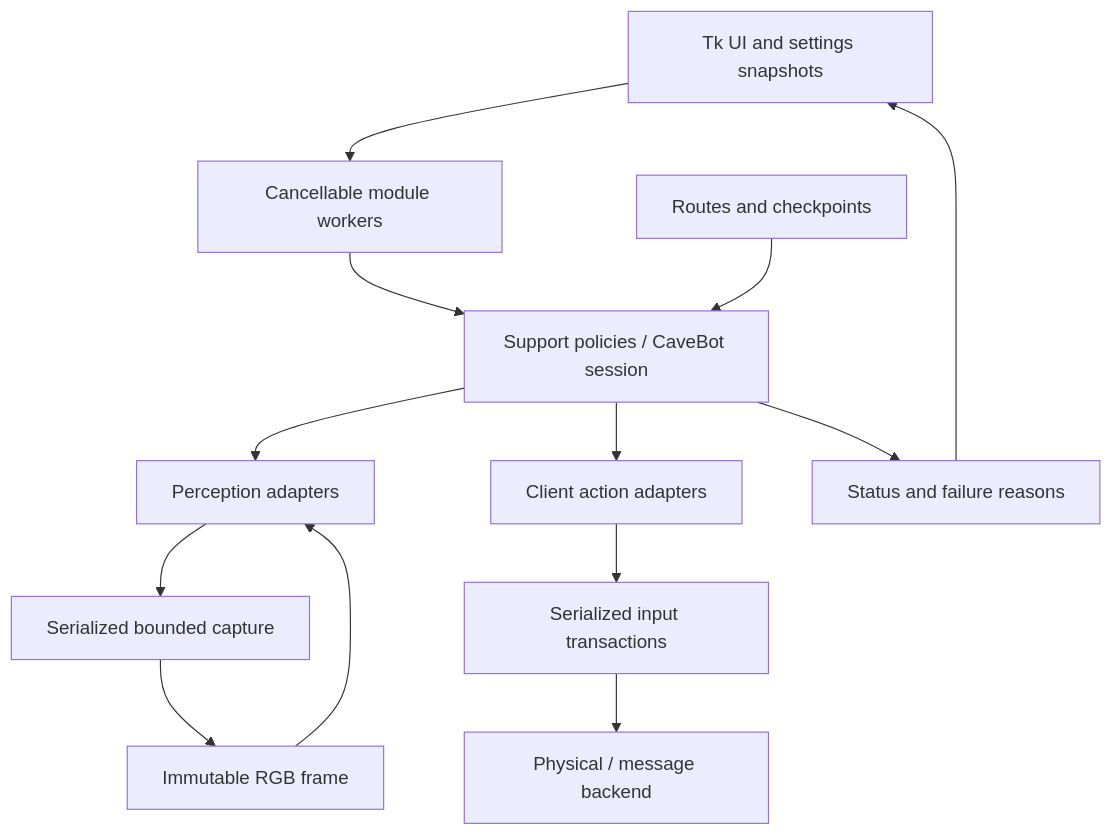
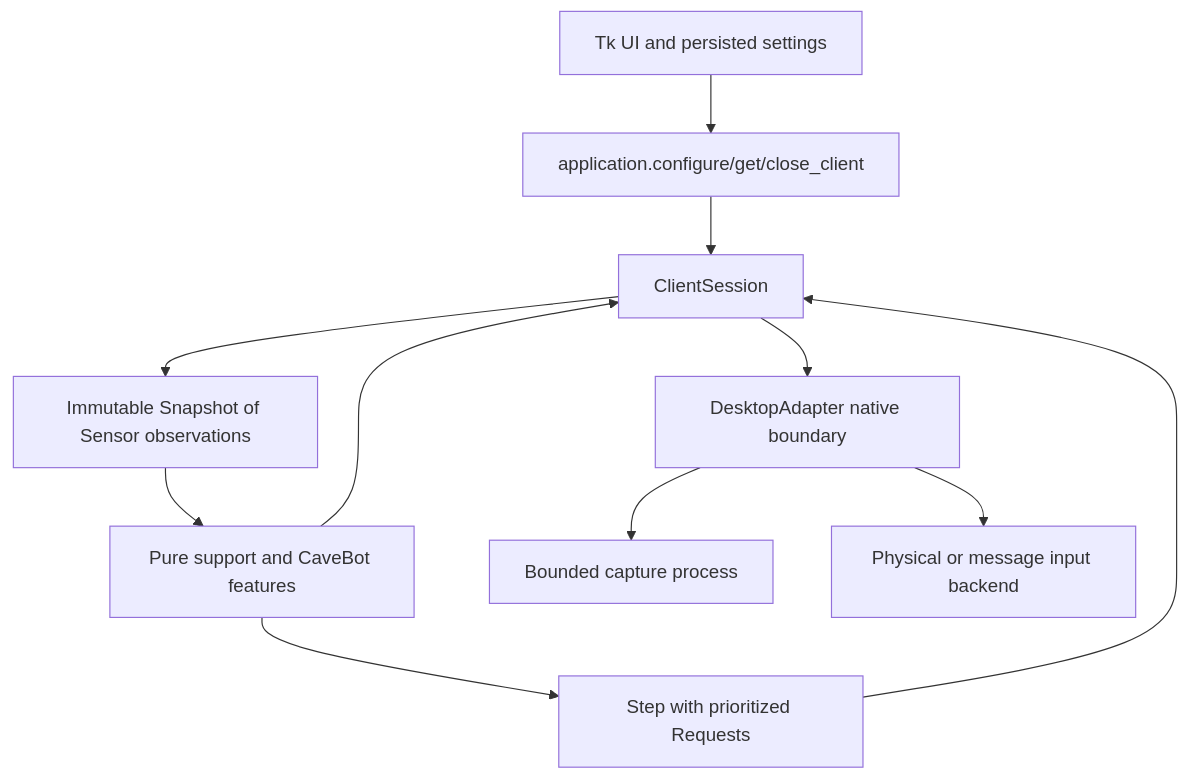
The diagram in README.md (mrauter1/tibiaauto12), drawn with Mermaid before and after one commit. The commit also changed other lines of this file and 64 other files, not shown here.

Commit message:
Rewrite automation around shared client SDK and replayable policies

````diff
--- a/README.md
+++ b/README.md
@@ -59,15 +61,13 @@
 ```mermaid
 flowchart TD
-  UI["Tk UI and settings snapshots"] --> Workers["Cancellable module workers"]
-  Workers --> Policy["Support policies / CaveBot session"]
-  Policy --> Perception["Perception adapters"]
-  Perception --> Capture["Serialized bounded capture"]
-  Capture --> Frame["Immutable RGB frame"]
-  Frame --> Perception
-  Policy --> Actions["Client action adapters"]
-  Actions --> Input["Serialized input transactions"]
-  Input --> Backend["Physical / message backend"]
-  Routes["Routes and checkpoints"] --> Policy
-  Policy --> Status["Status and failure reasons"]
-  Status --> UI
+  UI["Tk UI and persisted settings"] --> App["application.configure/get/close_client"]
+  App --> Session["ClientSession"]
+  Features["Pure support and CaveBot features"] --> Session
+  Session --> Snapshot["Immutable Snapshot of Sensor observations"]
+  Snapshot --> Features
+  Features --> Requests["Step with prioritized Requests"]
+  Requests --> Session
+  Session --> Adapter["DesktopAdapter native boundary"]
+  Adapter --> Capture["Bounded capture process"]
+  Adapter --> Input["Physical or message input backend"]
 ```
````
